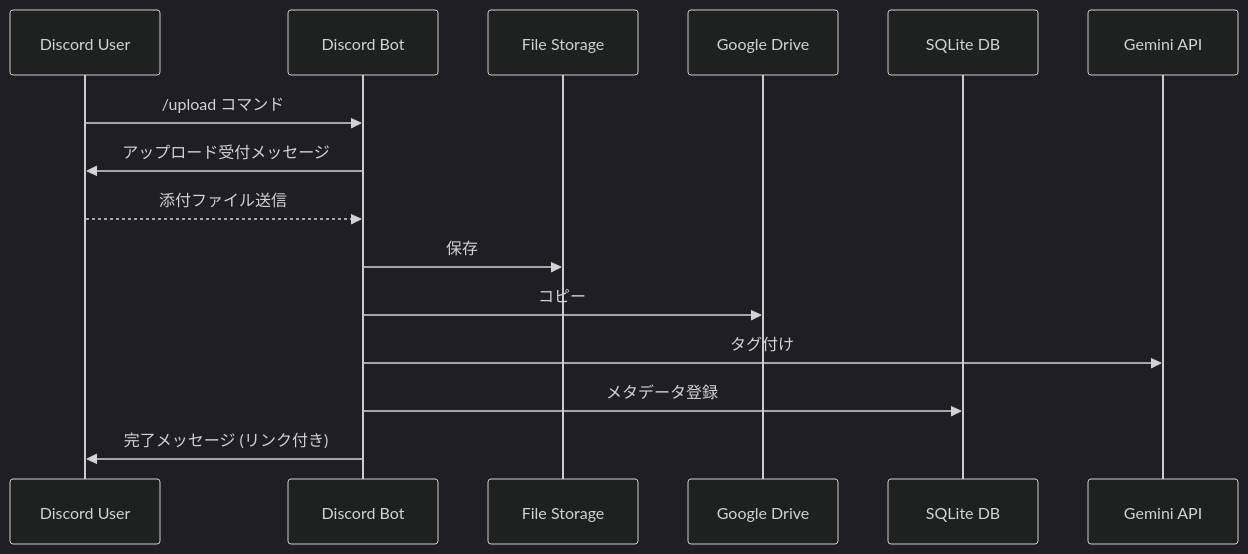
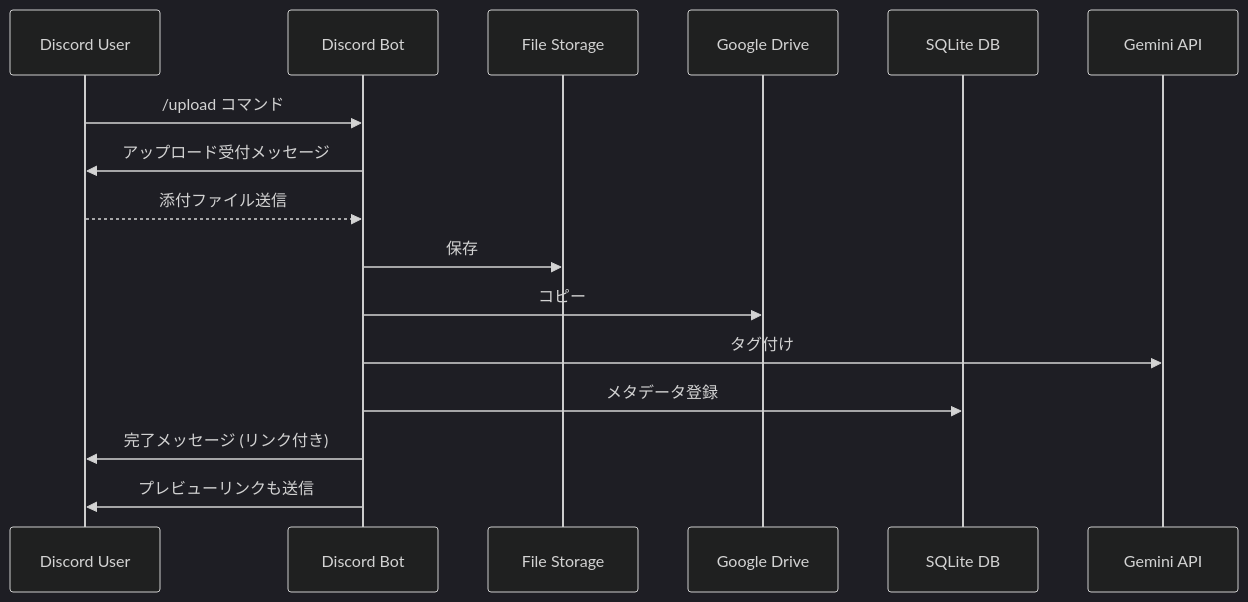
Before and after one commit to 5h1gerun/web_discord_server: the diagram in docs/sequence_discord.mmd, drawn with Mermaid. The commit also changed 7 other files, not shown here.

```diff
--- a/docs/sequence_discord.mmd
+++ b/docs/sequence_discord.mmd
@@ -1,18 +1,19 @@
 %%{init: {'theme': 'dark'}}%%
 %% Discord 上でのシーケンス図
 sequenceDiagram
     participant User as Discord User
     participant Bot as Discord Bot
     participant Files as File Storage
     participant Drive as Google Drive
     participant DB as SQLite DB
     participant Gemini as Gemini API
 
     User->>Bot: /upload コマンド
     Bot->>User: アップロード受付メッセージ
     User-->>Bot: 添付ファイル送信
     Bot->>Files: 保存
     Bot->>Drive: コピー
     Bot->>Gemini: タグ付け
     Bot->>DB: メタデータ登録
     Bot->>User: 完了メッセージ (リンク付き)
+    Bot->>User: プレビューリンクも送信
```
